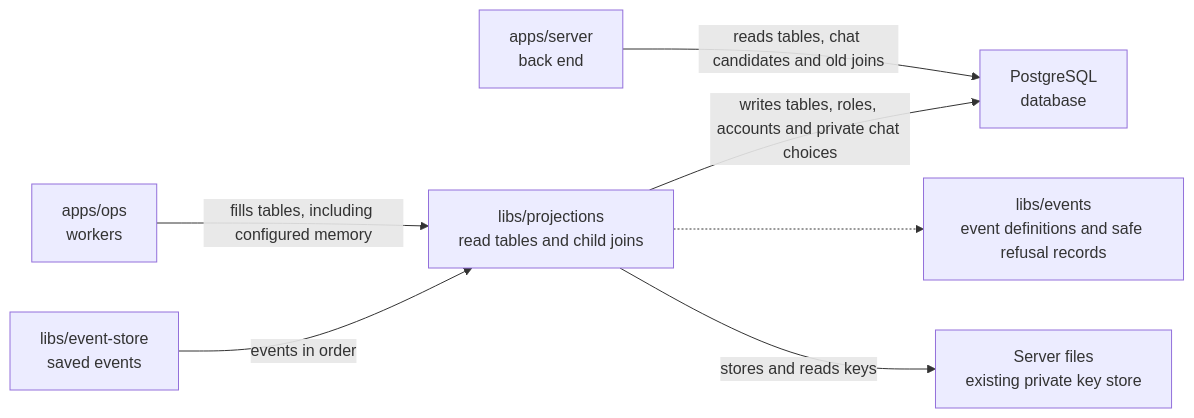
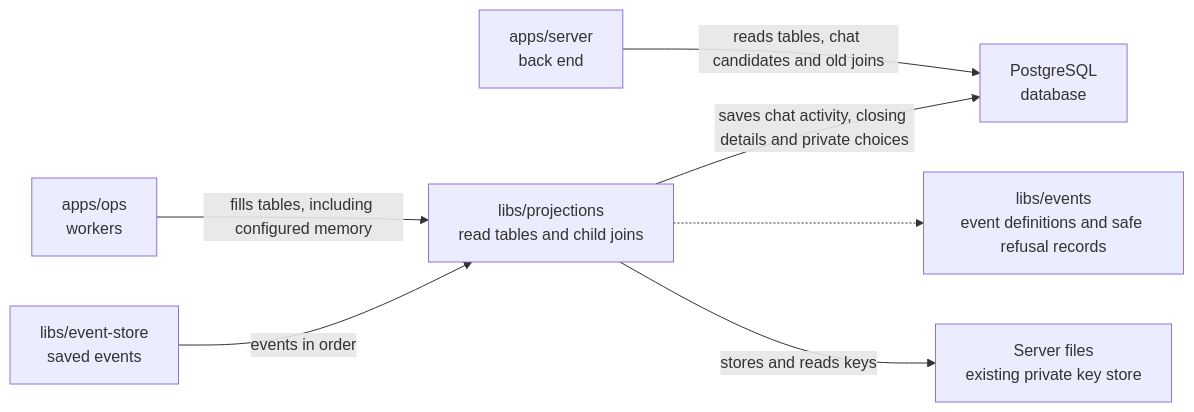
One commit to elewa-git/opencrane-new changed the diagram in libs/projections/README.md. Above: the diagram before and after it, drawn with Mermaid. The commit also changed other lines of this file and 3 other files, not shown here.

Commit message:
💾 Keep visible conversation activity and the first closing record.

````diff
--- a/libs/projections/README.md
+++ b/libs/projections/README.md
@@ -23,9 +23,9 @@
 ```mermaid
 flowchart LR
   ops["apps/ops<br/>workers"] -->|fills tables, including configured memory| projections["libs/projections<br/>read tables and child joins"]
   server["apps/server<br/>back end"] -->|reads tables, chat candidates and old joins| pg["PostgreSQL<br/>database"]
-  projections -->|writes tables, roles, accounts and private chat choices| pg
+  projections -->|saves chat activity, closing details and private choices| pg
   store["libs/event-store<br/>saved events"] -->|events in order| projections
   projections -.-> events["libs/events<br/>event definitions and safe refusal records"]
   projections -->|stores and reads keys| keys["Server files<br/>existing private key store"]
 ```
````
